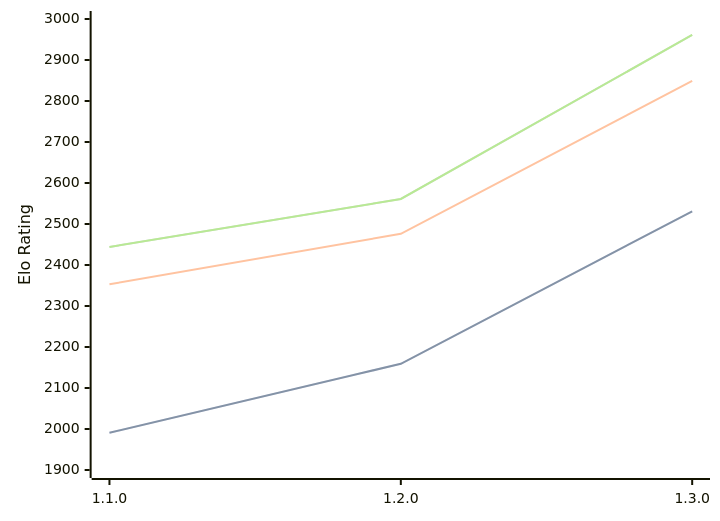
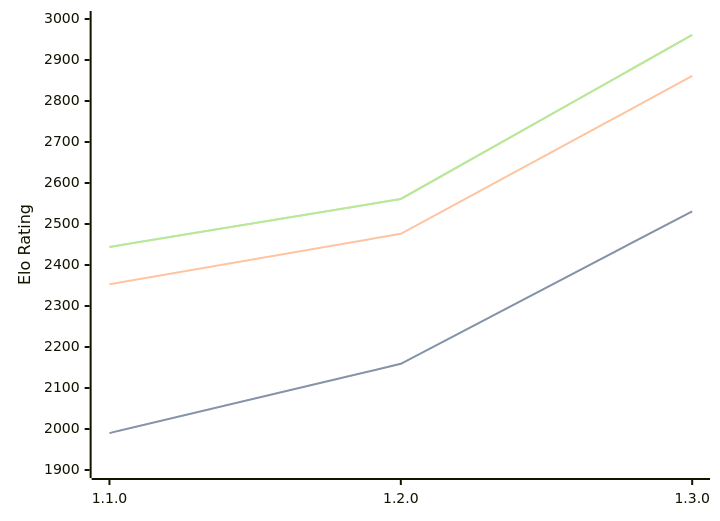
The diagram in engines/Gyatso.md (computer-chess-index/cci), drawn with Mermaid before and after one commit. The commit also changed other lines of this file, not shown here.

````diff
--- a/engines/Gyatso.md
+++ b/engines/Gyatso.md
@@ -34,11 +34,11 @@
 ```mermaid
 %%{init: {"theme":"base","themeVariables":{"seriesColors:['#a3a3a3','#222221','#faa371']}}}%%
 xychart-beta
   x-axis ["1.1.0", "1.2.0", "1.3.0"]
   y-axis "Elo Rating" 1900 --> 3000
-  line "STC (8.0+0.08s)" [1991, 2159, 2531]
-  line "STC (8.0+0.08s)" [1991, 2159, 2531]
-  line "LTC (60.0+0.60s)" [2353, 2476, 2849]
+  line "STC (8.0+0.08s)" [1990, 2159, 2531]
+  line "STC (8.0+0.08s)" [1990, 2159, 2531]
+  line "LTC (60.0+0.60s)" [2353, 2476, 2861]
   line "VLTC (2m24s+1.12s)" [2444, 2561, 2961]
   line "VLTC (2m24s+1.12s)" [2444, 2561, 2961]
 ```
````
